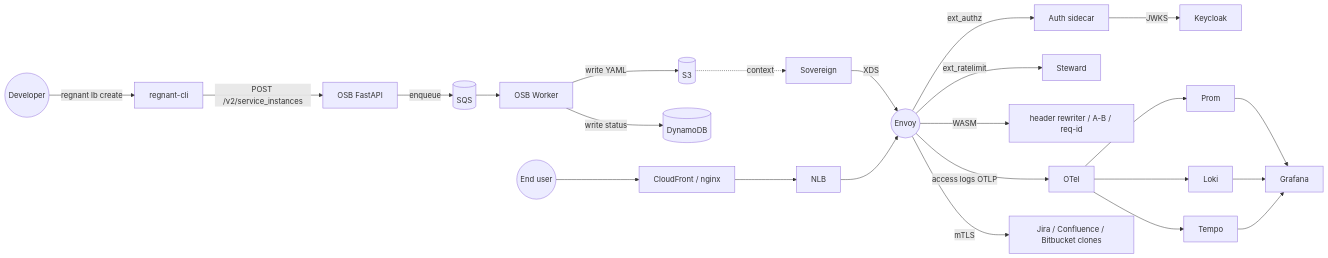
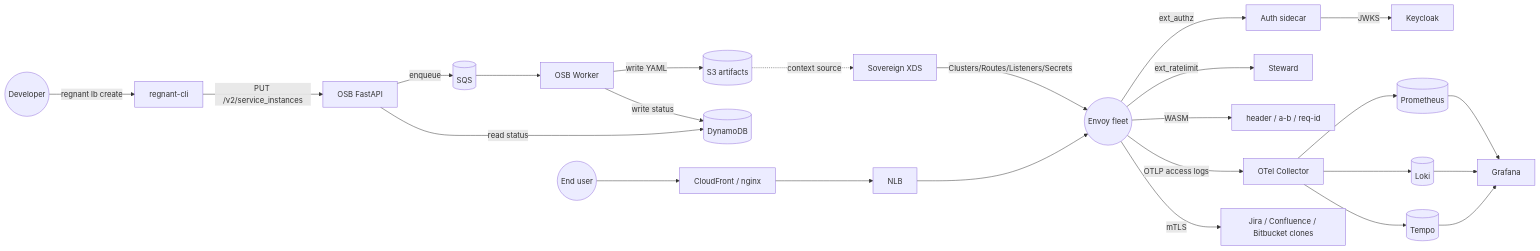
One commit to gufranco/regnant changed the first of 2 diagrams in README.md. Above: the diagram before and after it, drawn with Mermaid. The commit also changed other lines of this file and 55 other files, not shown here.

````diff
--- a/README.md
+++ b/README.md
@@ -7,21 +65,23 @@
 ```mermaid
 flowchart LR
-    User(("Developer")) -- regnant lb create --> CLI["regnant-cli"]
-    CLI -- POST /v2/service_instances --> OSBAPI["OSB FastAPI"]
-    OSBAPI -- enqueue --> SQS[(SQS)]
+    Dev(("Developer")) -->|regnant lb create| CLI["regnant-cli"]
+    CLI -->|PUT /v2/service_instances| OSBAPI["OSB FastAPI"]
+    OSBAPI -->|enqueue| SQS[(SQS)]
     SQS --> OSBWorker["OSB Worker"]
-    OSBWorker -- write YAML --> S3[(S3)]
-    OSBWorker -- write status --> Dyn[(DynamoDB)]
-    S3 -. context .-> Sov["Sovereign"]
-    Sov -- XDS --> Envoy((Envoy))
+    OSBWorker -->|write YAML| S3[(S3 artifacts)]
+    OSBWorker -->|write status| DDB[(DynamoDB)]
+    OSBAPI -->|read status| DDB
+    S3 -. context source .-> Sov["Sovereign XDS"]
+    Sov -->|Clusters/Routes/Listeners/Secrets| Envoy((Envoy fleet))
 
     Client(("End user")) --> CF["CloudFront / nginx"]
-    CF --> NLB --> Envoy
-    Envoy -- ext_authz --> Auth["Auth sidecar"]
-    Auth -- JWKS --> Keycloak["Keycloak"]
-    Envoy -- ext_ratelimit --> Steward
-    Envoy -- WASM --> WASM["header rewriter / A-B / req-id"]
-    Envoy -- access logs OTLP --> OTel
-    Envoy -- mTLS --> Backends["Jira / Confluence / Bitbucket clones"]
-    OTel --> Prom & Loki & Tempo --> Grafana
+    CF --> NLB
+    NLB --> Envoy
+    Envoy -->|ext_authz| Auth["Auth sidecar"]
+    Auth -->|JWKS| KC["Keycloak"]
+    Envoy -->|ext_ratelimit| Steward
+    Envoy -->|WASM| WASM["header / a-b / req-id"]
+    Envoy -->|OTLP access logs| OTel["OTel Collector"]
+    Envoy -->|mTLS| Backends["Jira / Confluence / Bitbucket clones"]
+    OTel --> Prom[(Prometheus)] & Loki[(Loki)] & Tempo[(Tempo)] --> Grafana
 ```
````
